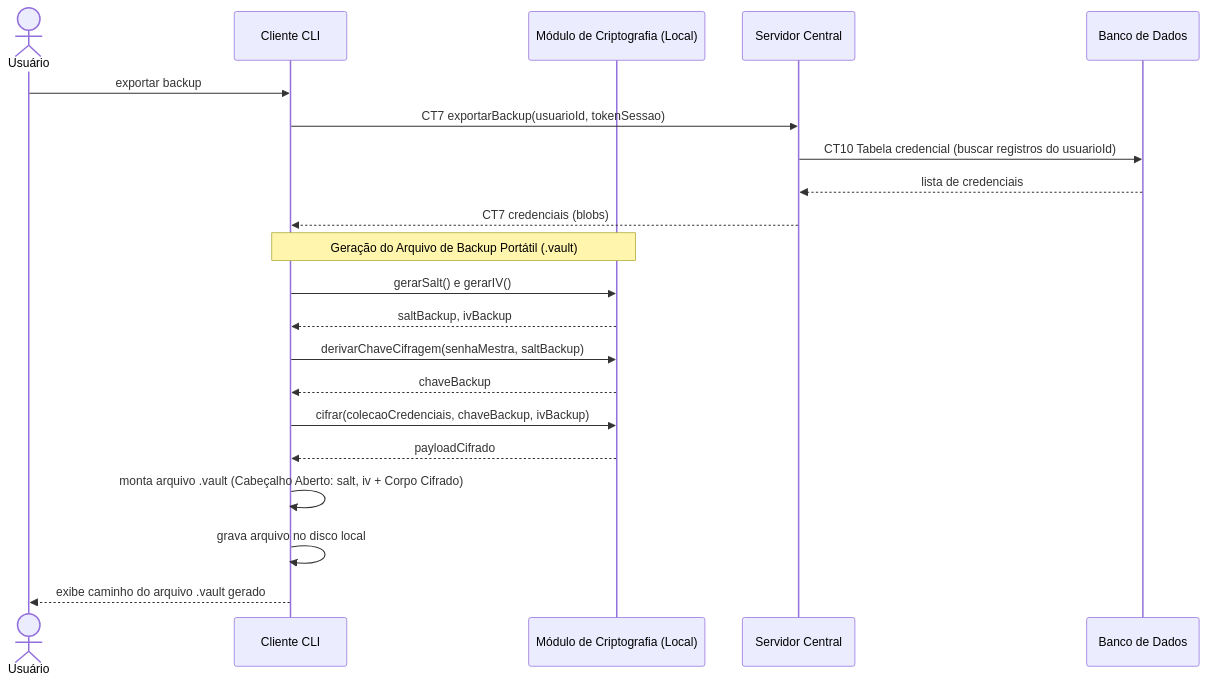
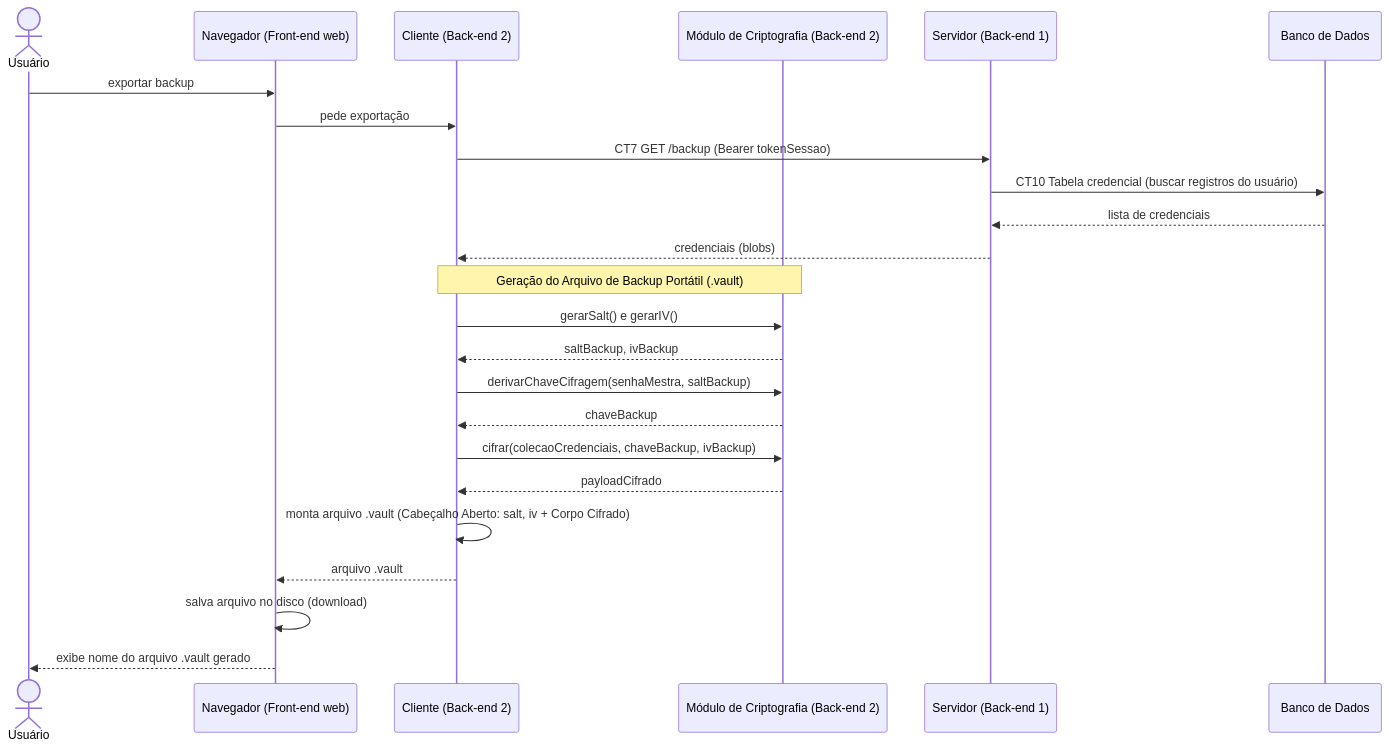
The diagram in docs/fluxos/E8-backup-cifrado.md (egili/pi4-0101-g6-frontend), drawn with Mermaid before and after one commit. The commit also changed other lines of this file and 8 other files, not shown here.

First line of the commit message:
Docs: fluxos E1-E9 em web e REST (sem CLI nem socket)

````diff
--- a/docs/fluxos/E8-backup-cifrado.md
+++ b/docs/fluxos/E8-backup-cifrado.md
@@ -53,26 +53,29 @@
 ```mermaid
 sequenceDiagram
     actor U as Usuário
-    participant C as Cliente CLI
-    participant CM as Módulo de Criptografia (Local)
-    participant S as Servidor Central
+    participant N as Navegador (Front-end web)
+    participant C as Cliente (Back-end 2)
+    participant CM as Módulo de Criptografia (Back-end 2)
+    participant S as Servidor (Back-end 1)
     participant DB as Banco de Dados
 
-    U->>C: exportar backup
-    C->>S: CT7 exportarBackup(usuarioId, tokenSessao)
-    S->>DB: CT10 Tabela credencial (buscar registros do usuarioId)
+    U->>N: exportar backup
+    N->>C: pede exportação
+    C->>S: CT7 GET /backup (Bearer tokenSessao)
+    S->>DB: CT10 Tabela credencial (buscar registros do usuário)
     DB-->>S: lista de credenciais
-    S-->>C: CT7 credenciais (blobs)
+    S-->>C: credenciais (blobs)
 
     Note over C,CM: Geração do Arquivo de Backup Portátil (.vault)
     C->>CM: gerarSalt() e gerarIV()
     CM-->>C: saltBackup, ivBackup
     C->>CM: derivarChaveCifragem(senhaMestra, saltBackup)
     CM-->>C: chaveBackup
     C->>CM: cifrar(colecaoCredenciais, chaveBackup, ivBackup)
     CM-->>C: payloadCifrado
 
     C->>C: monta arquivo .vault (Cabeçalho Aberto: salt, iv + Corpo Cifrado)
-    C->>C: grava arquivo no disco local
-    C-->>U: exibe caminho do arquivo .vault gerado
+    C-->>N: arquivo .vault
+    N->>N: salva arquivo no disco (download)
+    N-->>U: exibe nome do arquivo .vault gerado
 ```
````
